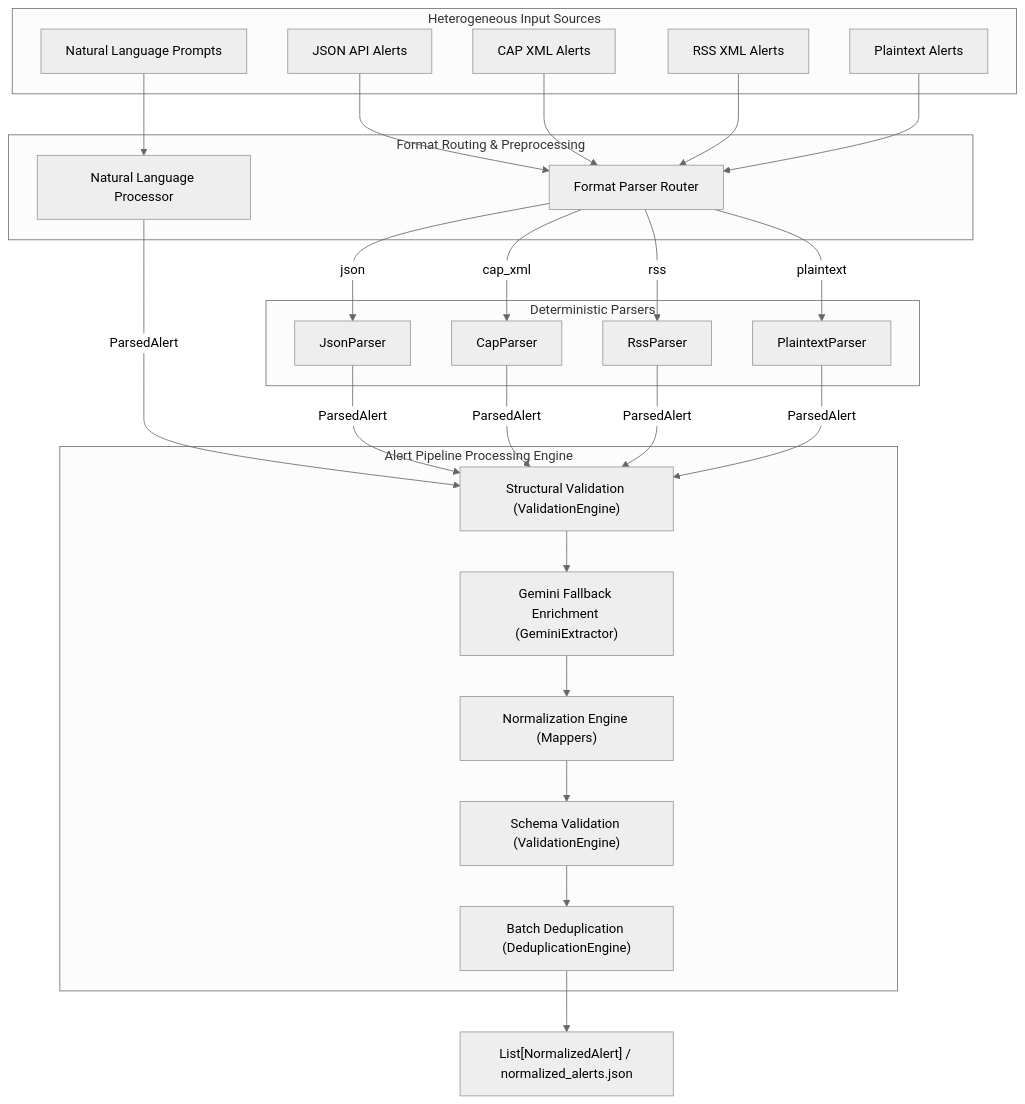
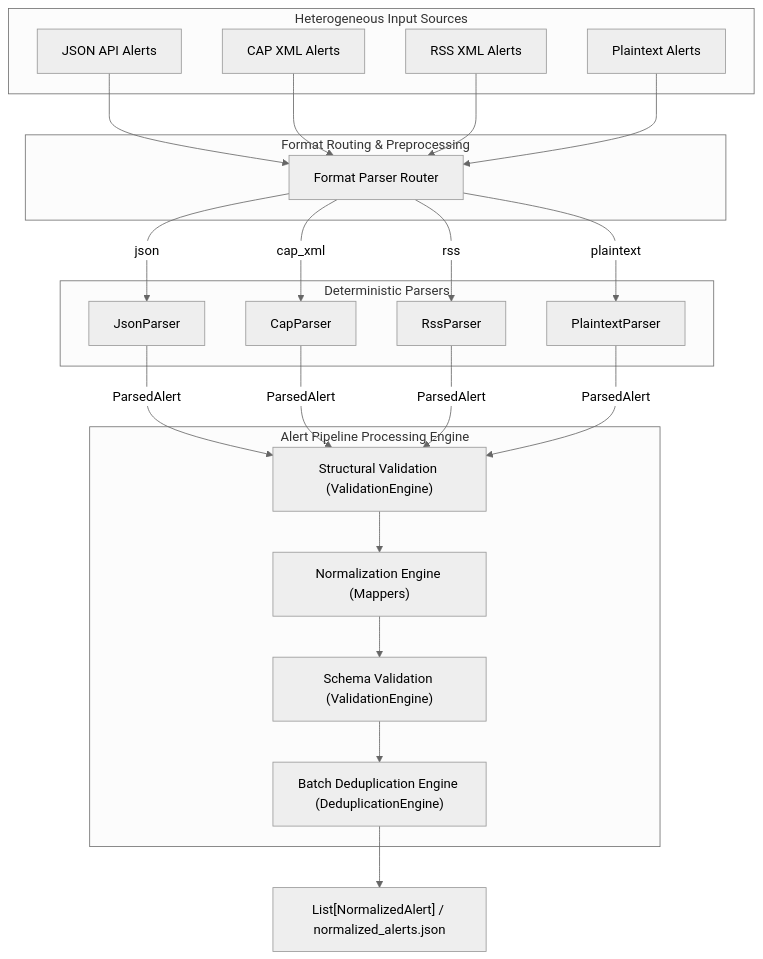
The diagram in README.md (tkapilkishore-oss/alert-intelligence-engine), drawn with Mermaid (neutral theme) before and after one commit. The commit also changed other lines of this file and 2 other files, not shown here.

````diff
--- a/README.md
+++ b/README.md
@@ -69,54 +63,47 @@
 ```mermaid
 flowchart TD
     subgraph Inputs ["Heterogeneous Input Sources"]
         JSON["JSON API Alerts"]
         CAP["CAP XML Alerts"]
         RSS["RSS XML Alerts"]
         PT["Plaintext Alerts"]
-        NL["Natural Language Prompts"]
     end
 
     subgraph Entry ["Format Routing & Preprocessing"]
         Router["Format Parser Router"]
-        NLP["Natural Language Processor"]
     end
 
     subgraph Parsing ["Deterministic Parsers"]
         JP["JsonParser"]
         CP["CapParser"]
         RP["RssParser"]
         PP["PlaintextParser"]
     end
 
     subgraph CoreEngine ["Alert Pipeline Processing Engine"]
         SV["Structural Validation (ValidationEngine)"]
-        GF["Gemini Fallback Enrichment (GeminiExtractor)"]
         NE["Normalization Engine (Mappers)"]
         FV["Schema Validation (ValidationEngine)"]
-        DD["Batch Deduplication (DeduplicationEngine)"]
+        DD["Batch Deduplication Engine (DeduplicationEngine)"]
     end
 
     JSON --> Router
     CAP --> Router
     RSS --> Router
     PT --> Router
 
     Router -->|json| JP
     Router -->|cap_xml| CP
     Router -->|rss| RP
     Router -->|plaintext| PP
 
-    NL --> NLP
-    NLP -->|ParsedAlert| SV
-
     JP -->|ParsedAlert| SV
     CP -->|ParsedAlert| SV
     RP -->|ParsedAlert| SV
     PP -->|ParsedAlert| SV
 
-    SV --> GF
-    GF --> NE
+    SV --> NE
     NE --> FV
     FV --> DD
     DD --> Output["List[NormalizedAlert] / normalized_alerts.json"]
 ```
````
